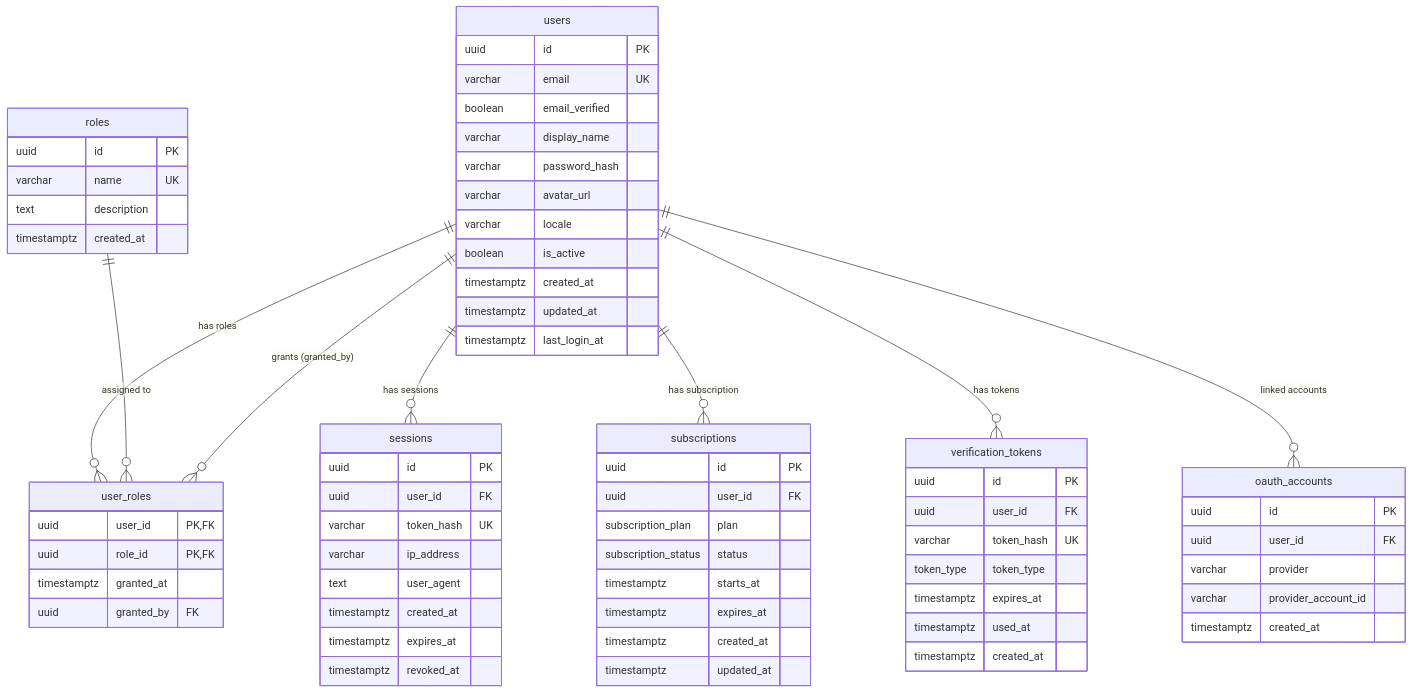
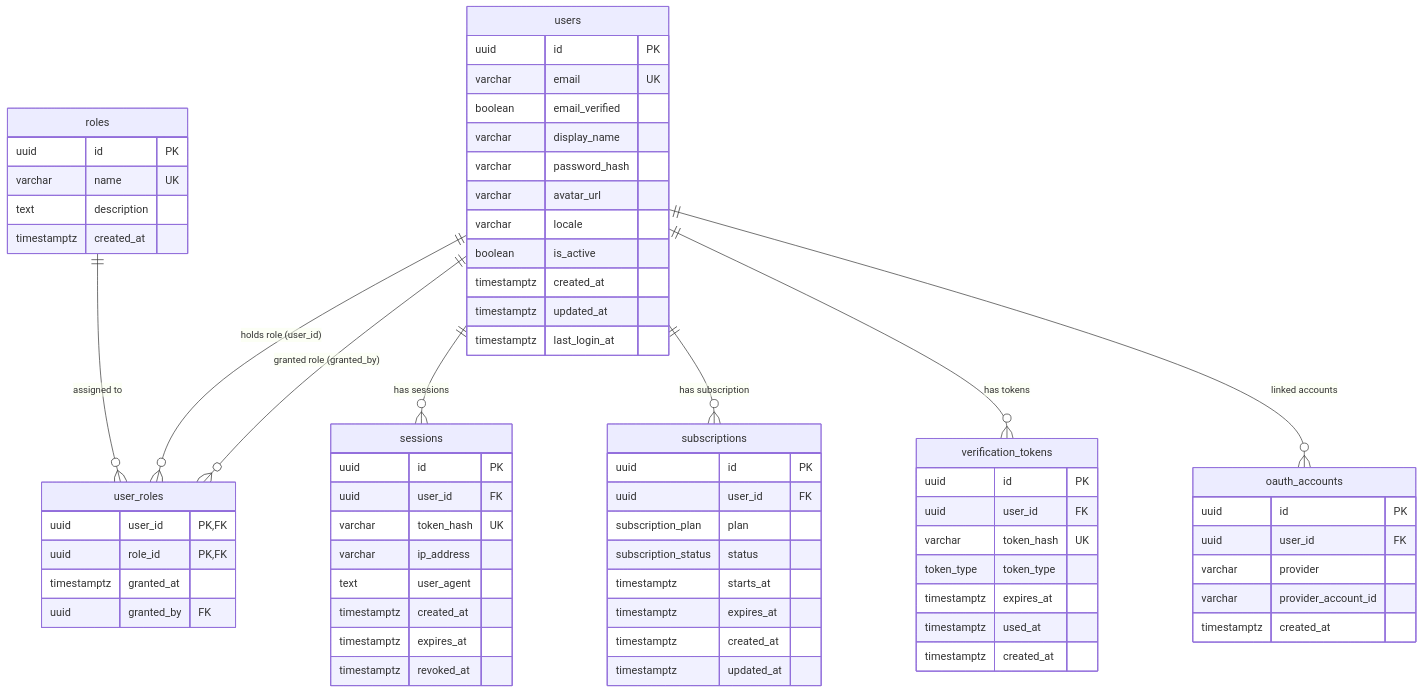
The diagram in docs/schema.md (noorinalabs/noorinalabs-user-service), drawn with Mermaid before and after one commit. The commit also changed 3 other files, not shown here.

````diff
--- a/docs/schema.md
+++ b/docs/schema.md
@@ -52,78 +52,78 @@
 ```mermaid
 erDiagram
     users {
         uuid id PK
         varchar email UK
         boolean email_verified
         varchar display_name
         varchar password_hash
         varchar avatar_url
         varchar locale
         boolean is_active
         timestamptz created_at
         timestamptz updated_at
         timestamptz last_login_at
     }
 
     roles {
         uuid id PK
         varchar name UK
         text description
         timestamptz created_at
     }
 
     user_roles {
         uuid user_id PK,FK
         uuid role_id PK,FK
         timestamptz granted_at
         uuid granted_by FK
     }
 
     sessions {
         uuid id PK
         uuid user_id FK
         varchar token_hash UK
         varchar ip_address
         text user_agent
         timestamptz created_at
         timestamptz expires_at
         timestamptz revoked_at
     }
 
     subscriptions {
         uuid id PK
         uuid user_id FK
         subscription_plan plan
         subscription_status status
         timestamptz starts_at
         timestamptz expires_at
         timestamptz created_at
         timestamptz updated_at
     }
 
     verification_tokens {
         uuid id PK
         uuid user_id FK
         varchar token_hash UK
         token_type token_type
         timestamptz expires_at
         timestamptz used_at
         timestamptz created_at
     }
 
     oauth_accounts {
         uuid id PK
         uuid user_id FK
         varchar provider
         varchar provider_account_id
         timestamptz created_at
     }
 
-    users ||--o{ user_roles : "has roles"
+    users ||--o{ user_roles : "holds role (user_id)"
+    users ||--o{ user_roles : "granted role (granted_by)"
     roles ||--o{ user_roles : "assigned to"
     users ||--o{ sessions : "has sessions"
     users ||--o{ subscriptions : "has subscription"
     users ||--o{ verification_tokens : "has tokens"
     users ||--o{ oauth_accounts : "linked accounts"
-    users ||--o{ user_roles : "grants (granted_by)"
 ```
````
